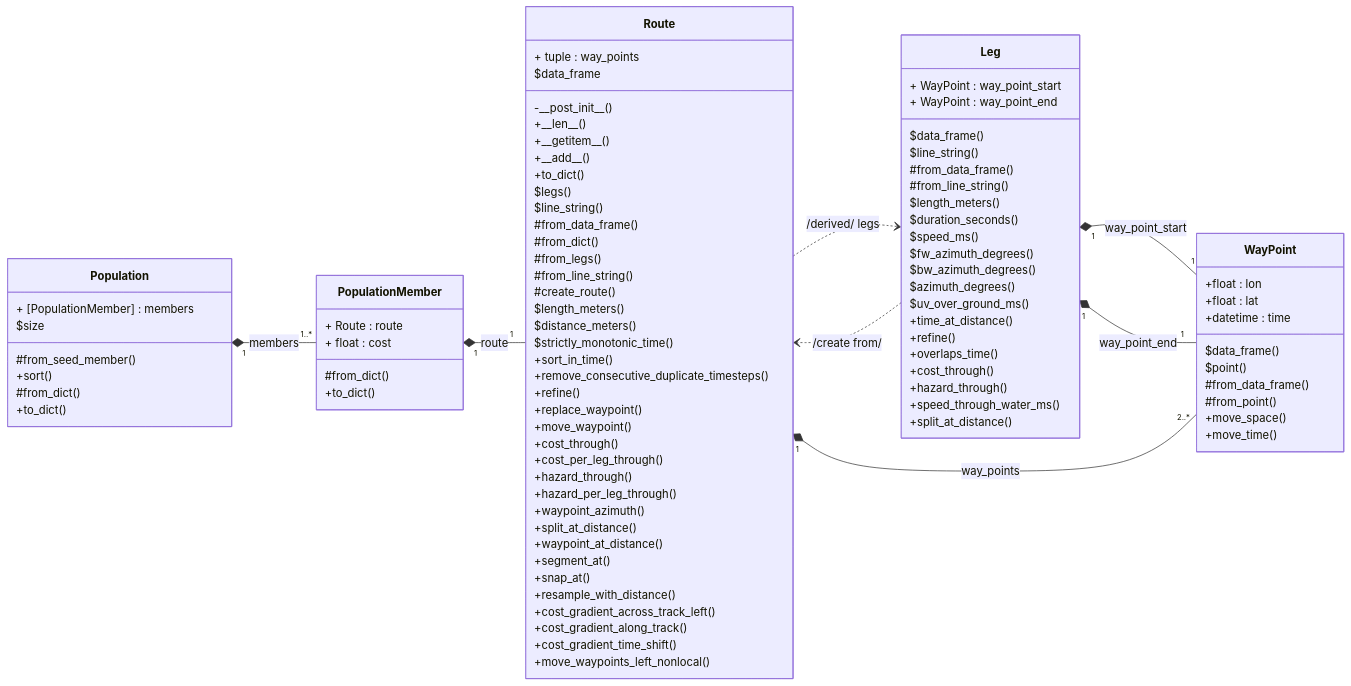
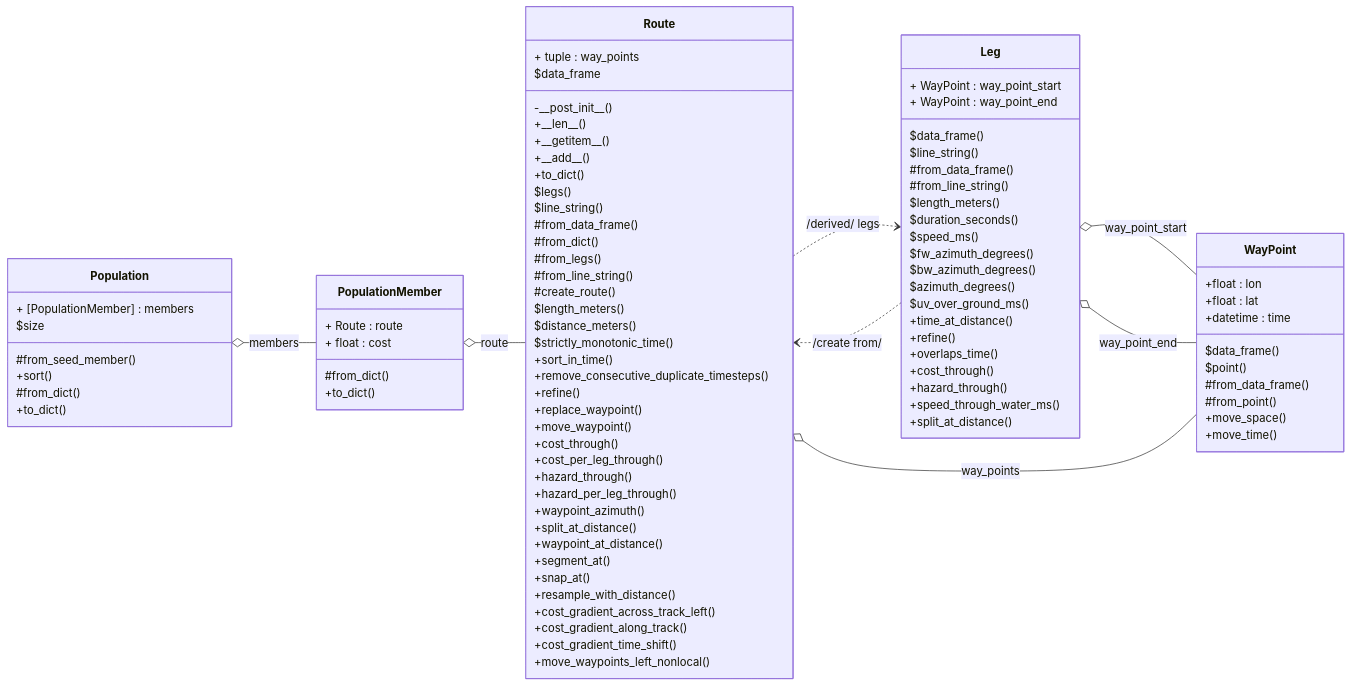
The second of 2 diagrams in notes/DEV.md (willirath/ship_routing), drawn with Mermaid before and after one commit.

Commit message:
Simplify relations

```diff
--- a/notes/DEV.md
+++ b/notes/DEV.md
@@ -39,8 +39,8 @@
 classDiagram
     direction LR
 
-    PopulationMember "1" *-- "1" Route : route
-    Population "1" *-- "1..*" PopulationMember : members
+    PopulationMember o-- Route : route
+    Population o-- PopulationMember : members
 
     class PopulationMember {
         + Route : route
@@ -60,9 +60,9 @@
         +to_dict()
     }
 
-    Leg "1" *-- "1" WayPoint : way_point_start
-    Leg "1" *-- "1" WayPoint : way_point_end
-    Route "1" *-- "2..*" WayPoint : way_points
+    Leg o-- WayPoint : way_point_start
+    Leg o-- WayPoint : way_point_end
+    Route o-- WayPoint : way_points
     Route ..> Leg : /derived/ legs
     Leg ..> Route : /create from/
 
```
